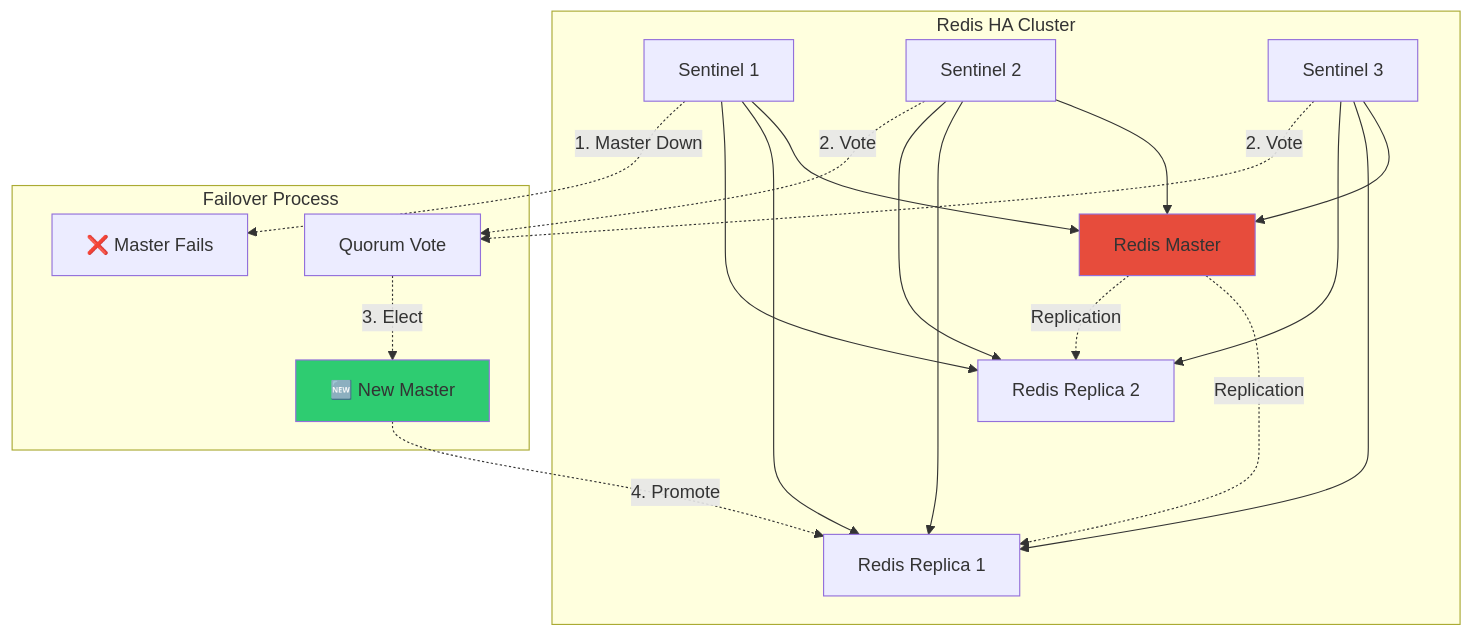
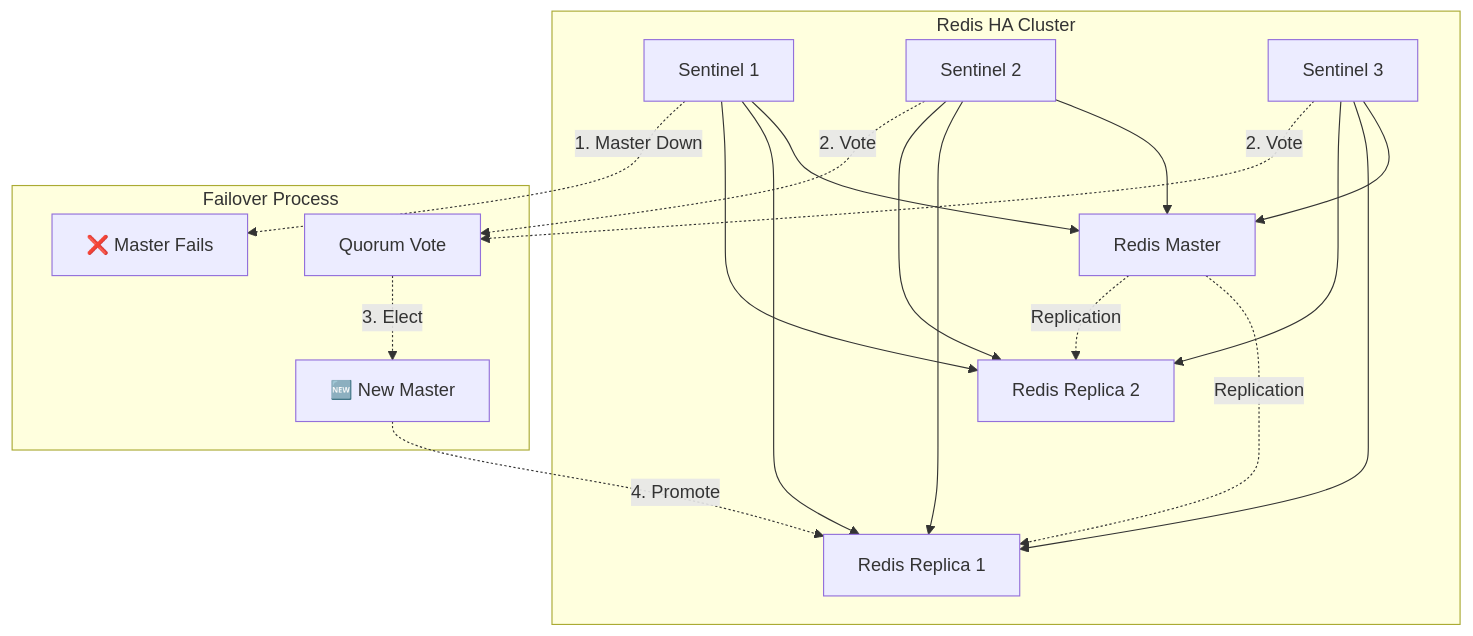
One commit to juwon8891/juwon8891.github.io changed the second of 12 diagrams in docs/cicd/week6-argocd-final.md. Above: the diagram before and after it, drawn with Mermaid. The commit also changed other lines of this file and 18 other files, not shown here.

Commit message:
Remove bright colors from Mermaid diagrams for dark mode compatibility

````diff
--- a/docs/cicd/week6-argocd-final.md
+++ b/docs/cicd/week6-argocd-final.md
@@ -144,30 +142,28 @@
 ```mermaid
 graph TB
     subgraph "Redis HA Cluster"
         S1[Sentinel 1] --> M[Redis Master]
         S2[Sentinel 2] --> M
         S3[Sentinel 3] --> M
 
         S1 --> R1[Redis Replica 1]
         S2 --> R1
         S3 --> R1
 
         S1 --> R2[Redis Replica 2]
         S2 --> R2
         S3 --> R2
 
         M -.->|Replication| R1
         M -.->|Replication| R2
     end
 
     subgraph "Failover Process"
         S1 -.->|1. Master Down| X[❌ Master Fails]
         S2 -.->|2. Vote| VOTE[Quorum Vote]
         S3 -.->|2. Vote| VOTE
         VOTE -.->|3. Elect| NEW[🆕 New Master]
         NEW -.->|4. Promote| R1
     end
 
-    style M fill:#E74C3C
-    style NEW fill:#2ECC71
 ```
````
